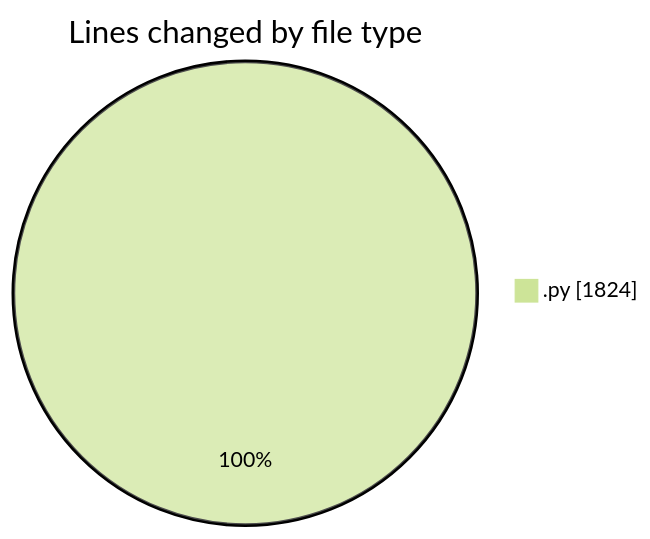
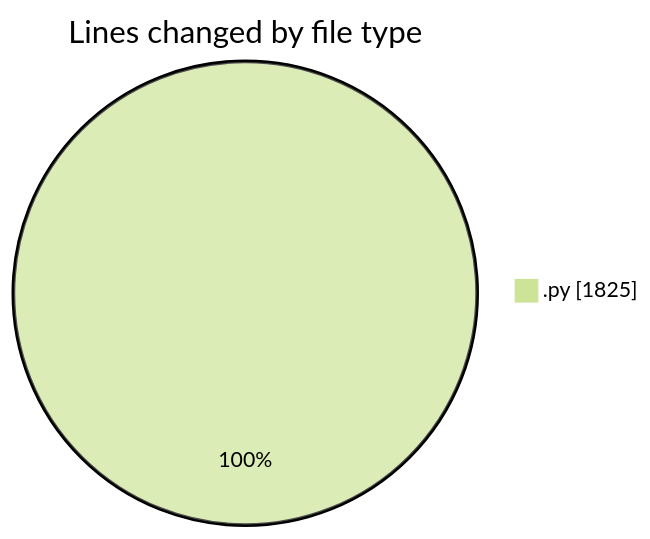
One commit to MatusMokan/code-tracking changed the first of 2 diagrams in 2025-05-08/myws__workspace_/README.md. Above: the diagram before and after it, drawn with Mermaid (forest theme). The commit also changed other lines of this file and 1 other file, not shown here.

````diff
--- a/2025-05-08/myws__workspace_/README.md
+++ b/2025-05-08/myws__workspace_/README.md
@@ -22,5 +22,5 @@
 ```mermaid
 pie showData
 title Lines changed by file type
-".py" : 1824
+".py" : 1825
 ```
````
